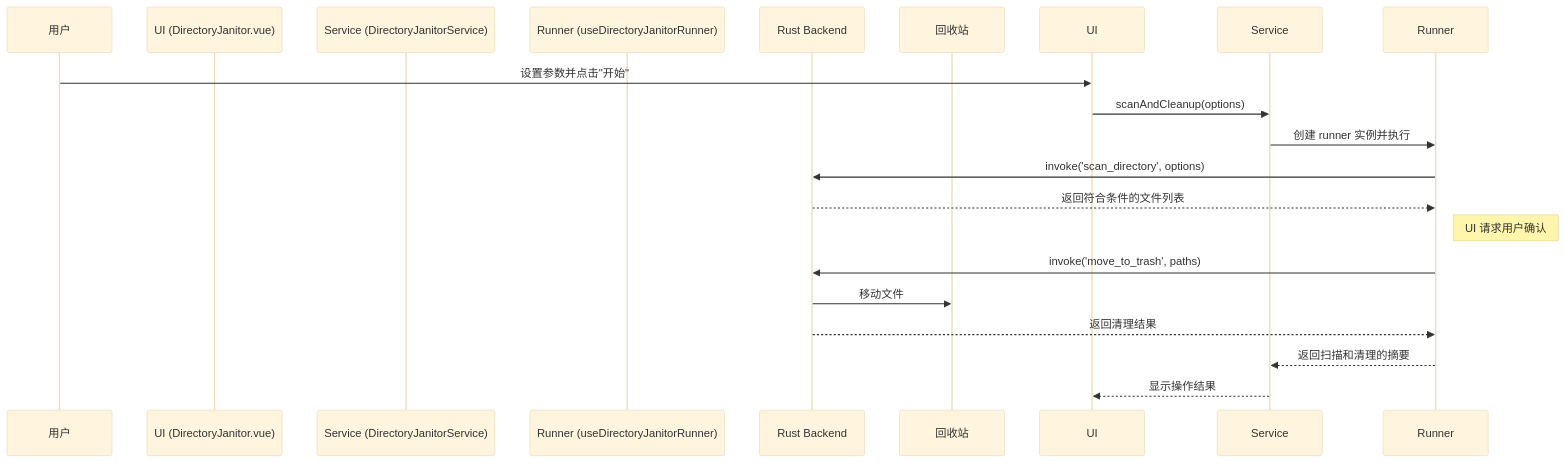
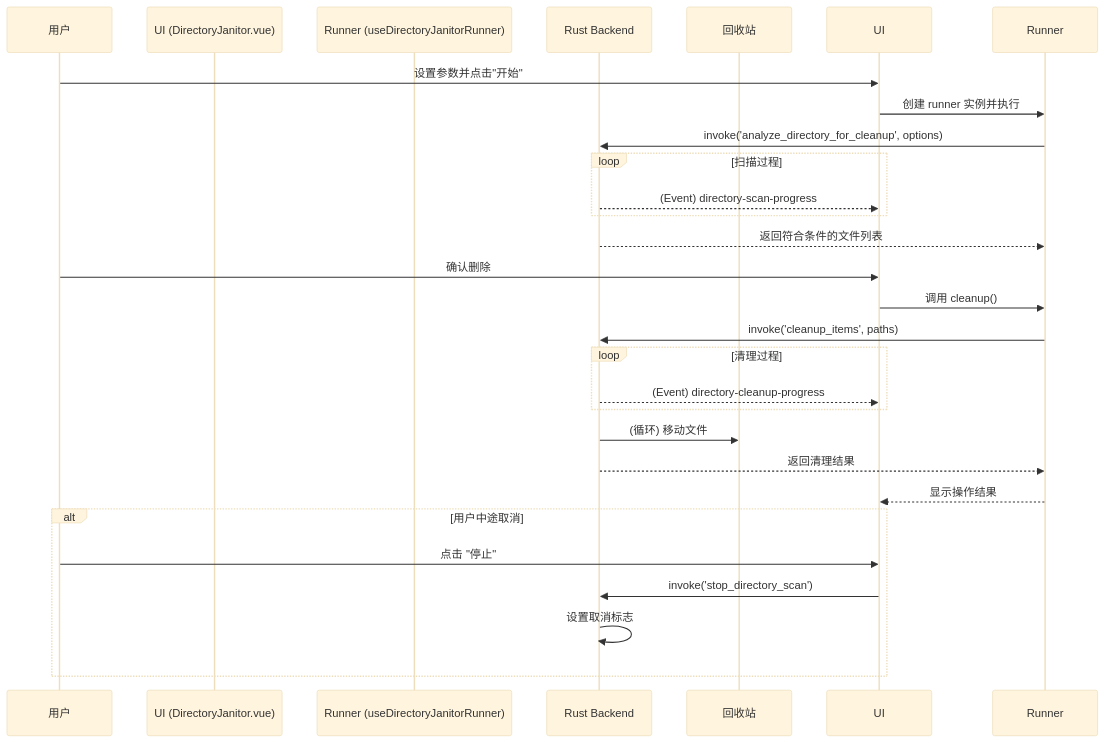
Before and after one commit to miaotouy/aio-hub: the diagram in src/tools/directory-janitor/ARCHITECTURE.md, drawn with Mermaid (base theme). The commit also changed other lines of this file and 5 other files, not shown here.

````diff
--- a/src/tools/directory-janitor/ARCHITECTURE.md
+++ b/src/tools/directory-janitor/ARCHITECTURE.md
@@ -46,24 +47,37 @@
 ```mermaid
 sequenceDiagram
     participant User as 用户
     participant UI (DirectoryJanitor.vue)
-    participant Service (DirectoryJanitorService)
     participant Runner (useDirectoryJanitorRunner)
     participant Rust as Rust Backend
     participant Trash as 回收站
 
     User->>UI: 设置参数并点击"开始"
-    UI->>Service: scanAndCleanup(options)
-    Service->>Runner: 创建 runner 实例并执行
-    Runner->>Rust: invoke('scan_directory', options)
+    UI->>Runner: 创建 runner 实例并执行
+    Runner->>Rust: invoke('analyze_directory_for_cleanup', options)
+
+    loop 扫描过程
+        Rust-->>UI: (Event) directory-scan-progress
+    end
+
     Rust-->>Runner: 返回符合条件的文件列表
-    
-    Note right of Runner: UI 请求用户确认
-    
-    Runner->>Rust: invoke('move_to_trash', paths)
-    Rust->>Trash: 移动文件
+
+    User->>UI: 确认删除
+    UI->>Runner: 调用 cleanup()
+    Runner->>Rust: invoke('cleanup_items', paths)
+
+    loop 清理过程
+        Rust-->>UI: (Event) directory-cleanup-progress
+    end
+
+    Rust->>Trash: (循环) 移动文件
     Rust-->>Runner: 返回清理结果
-    
-    Runner-->>Service: 返回扫描和清理的摘要
-    Service-->>UI: 显示操作结果
+
+    Runner-->>UI: 显示操作结果
+
+    alt 用户中途取消
+        User->>UI: 点击 "停止"
+        UI->>Rust: invoke('stop_directory_scan')
+        Rust->>Rust: 设置取消标志
+    end
 ```
````
